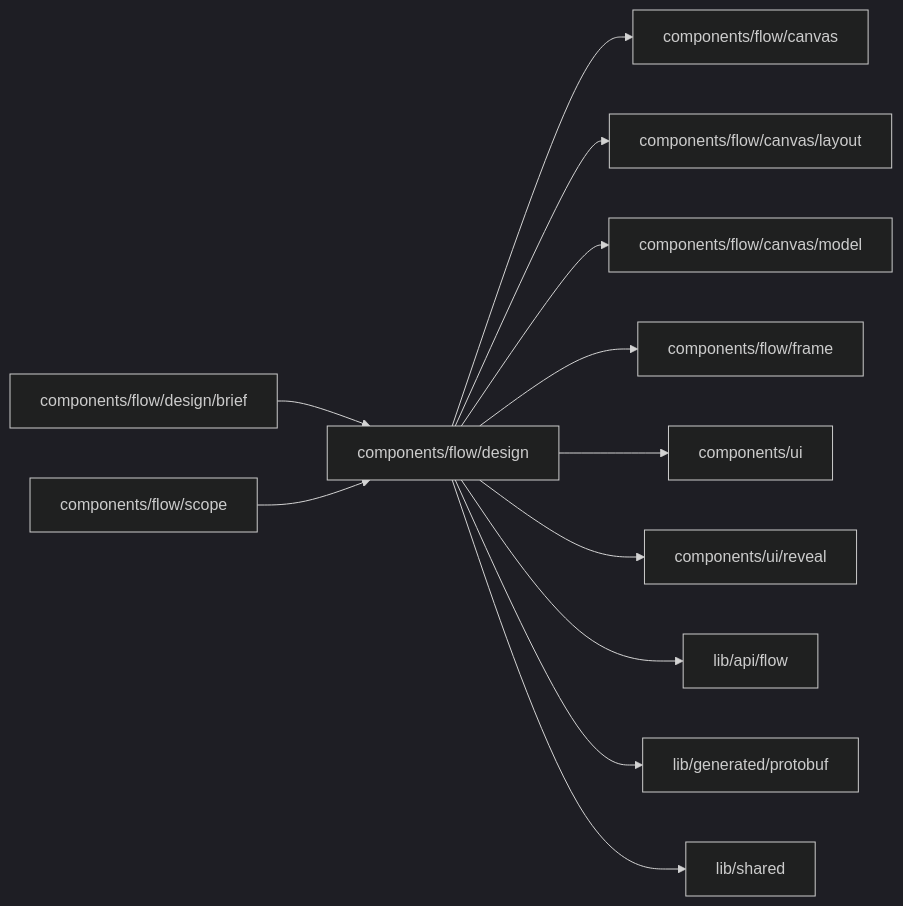
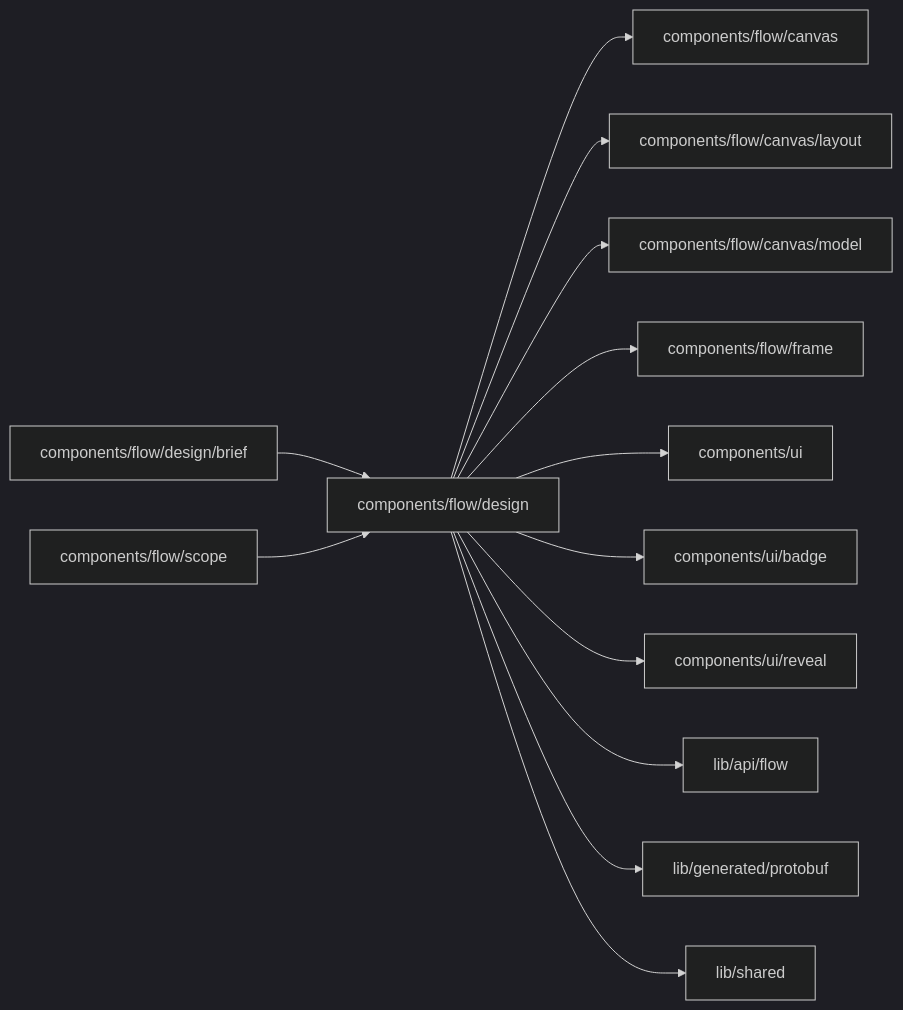
Before and after one commit to superdurable/superverse: the diagram in web/studio/components/flow/design/README.md, drawn with Mermaid (dark theme). The commit also changed other lines of this file and 42 other files, not shown here.

First line of the commit message:
FLOWTAB: The canvas leads the Flow tab, and the Brief becomes a transient summary line

````diff
--- a/web/studio/components/flow/design/README.md
+++ b/web/studio/components/flow/design/README.md
@@ -10,15 +10,16 @@
 ```mermaid
 flowchart LR
   self["components/flow/design"]
   c0["components/flow/design/brief"] --> self
   c1["components/flow/scope"] --> self
   self --> d0["components/flow/canvas"]
   self --> d1["components/flow/canvas/layout"]
   self --> d2["components/flow/canvas/model"]
   self --> d3["components/flow/frame"]
   self --> d4["components/ui"]
-  self --> d5["components/ui/reveal"]
-  self --> d6["lib/api/flow"]
-  self --> d7["lib/generated/protobuf"]
-  self --> d8["lib/shared"]
+  self --> d5["components/ui/badge"]
+  self --> d6["components/ui/reveal"]
+  self --> d7["lib/api/flow"]
+  self --> d8["lib/generated/protobuf"]
+  self --> d9["lib/shared"]
 ```
````
